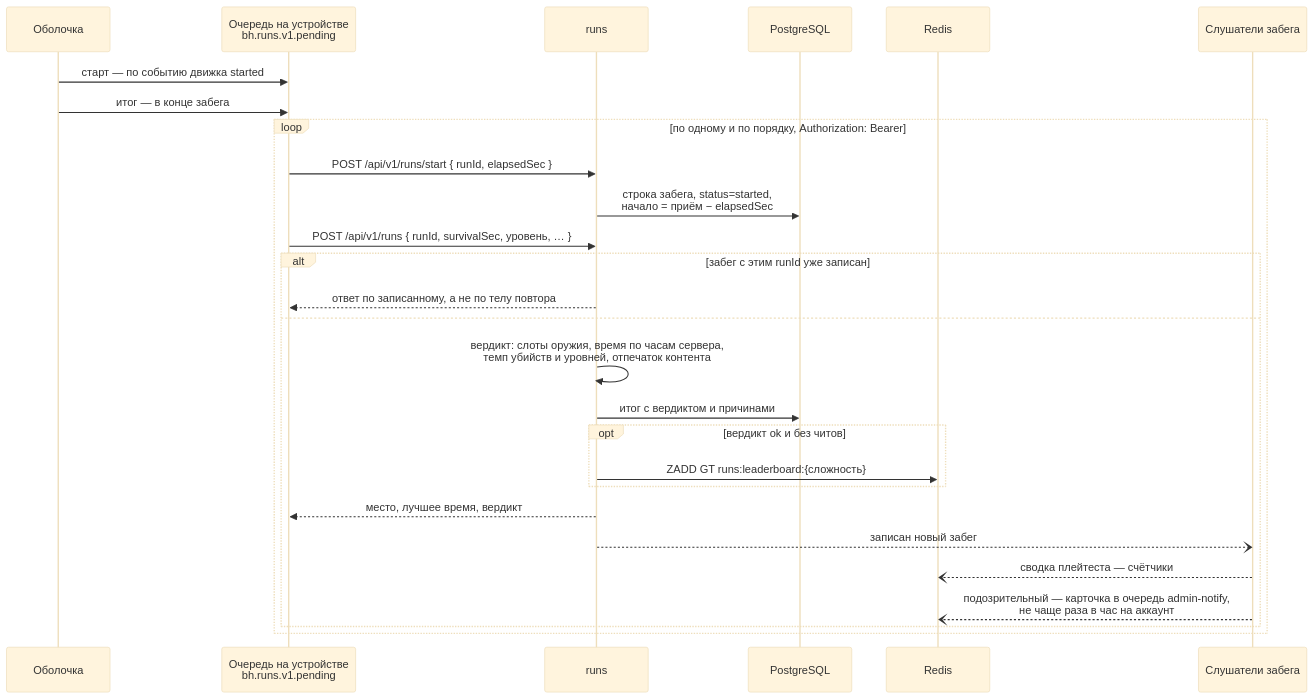
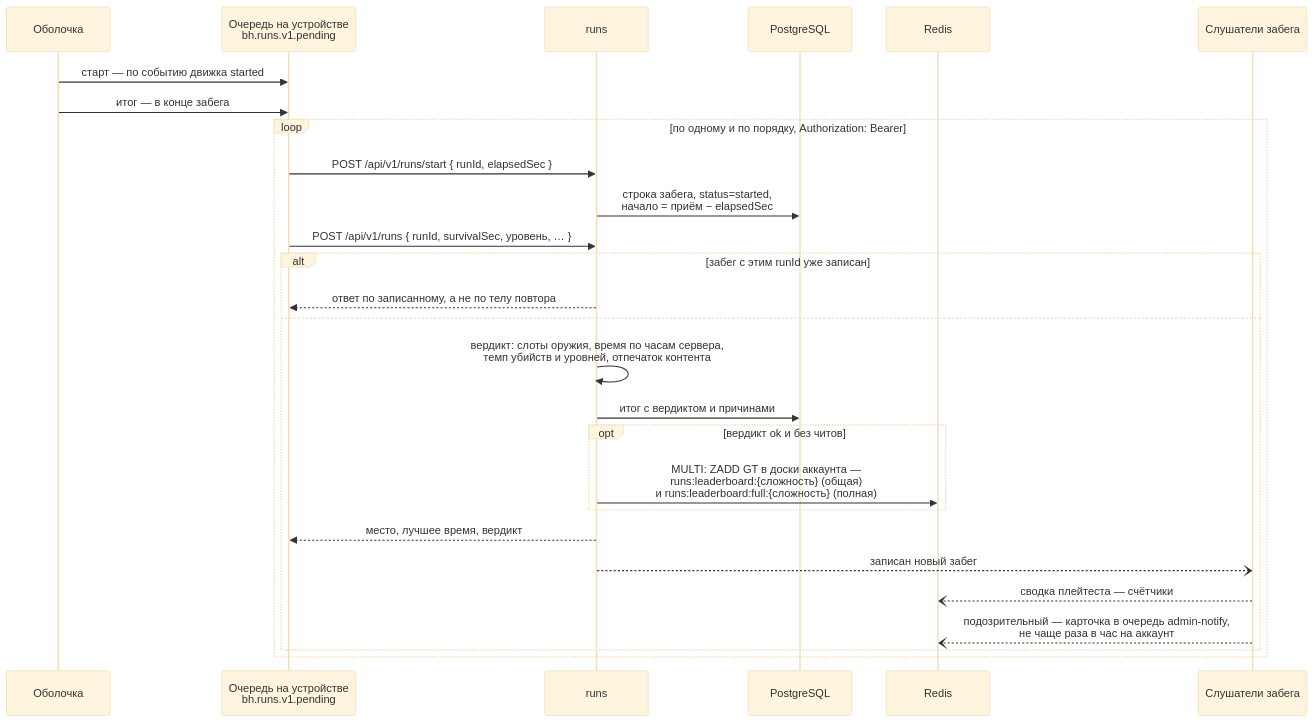
One commit to JJSGxKD/rubezh changed the ninth of 46 diagrams in docs/21-diagrams.md. Above: the diagram before and after it, drawn with Mermaid (base theme). The commit also changed other lines of this file and 1 other file, not shown here.

First line of the commit message:
docs(runs): Две доски рейтинга и порядок выката

````diff
--- a/docs/21-diagrams.md
+++ b/docs/21-diagrams.md
@@ -2293,30 +2293,30 @@
 ```mermaid
 sequenceDiagram
     participant C as Оболочка
     participant Q as Очередь на устройстве<br/>bh.runs.v1.pending
     participant RU as runs
     participant DB as PostgreSQL
     participant R as Redis
     participant H as Слушатели забега
 
     C->>Q: старт — по событию движка started
     C->>Q: итог — в конце забега
     loop по одному и по порядку, Authorization: Bearer
         Q->>RU: POST /api/v1/runs/start { runId, elapsedSec }
         RU->>DB: строка забега, status=started,<br/>начало = приём − elapsedSec
         Q->>RU: POST /api/v1/runs { runId, survivalSec, уровень, … }
         alt забег с этим runId уже записан
             RU-->>Q: ответ по записанному, а не по телу повтора
         else
             RU->>RU: вердикт: слоты оружия, время по часам сервера,<br/>темп убийств и уровней, отпечаток контента
             RU->>DB: итог с вердиктом и причинами
             opt вердикт ok и без читов
-                RU->>R: ZADD GT runs:leaderboard:{сложность}
+                RU->>R: MULTI: ZADD GT в доски аккаунта —<br/>runs:leaderboard:{сложность} (общая)<br/>и runs:leaderboard:full:{сложность} (полная)
             end
             RU-->>Q: место, лучшее время, вердикт
             RU--)H: записан новый забег
             H--)R: сводка плейтеста — счётчики
             H--)R: подозрительный — карточка в очередь admin-notify,<br/>не чаще раза в час на аккаунт
         end
     end
 ```
````
